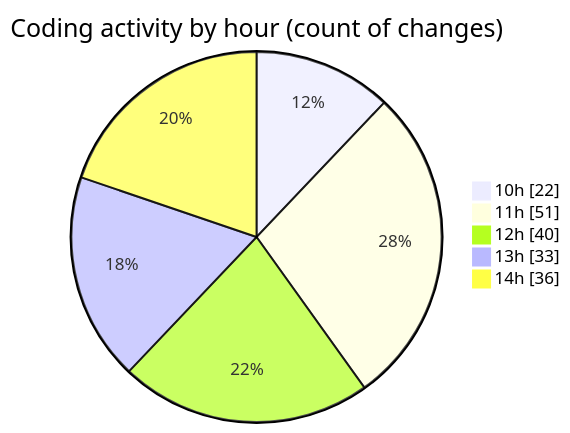
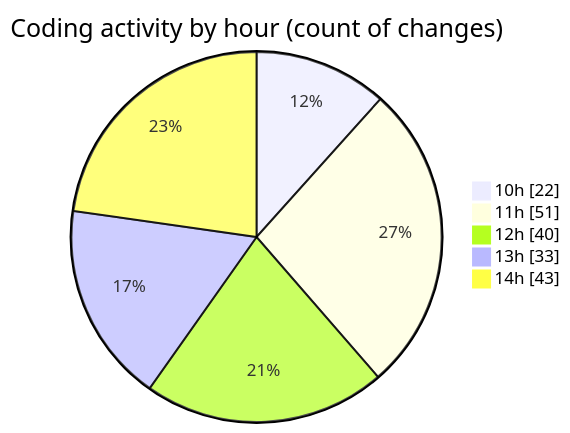
Before and after one commit to momahboobian/code-tracking: the second of 2 diagrams in 2025-04-29/cda/README.md, drawn with Mermaid. The commit also changed other lines of this file and 1 other file, not shown here.

````diff
--- a/2025-04-29/cda/README.md
+++ b/2025-04-29/cda/README.md
@@ -54,9 +54,9 @@
 ```mermaid
 pie showData
 title Coding activity by hour (count of changes)
 "10h" : 22
 "11h" : 51
 "12h" : 40
 "13h" : 33
-"14h" : 36
+"14h" : 43
 ```
````
